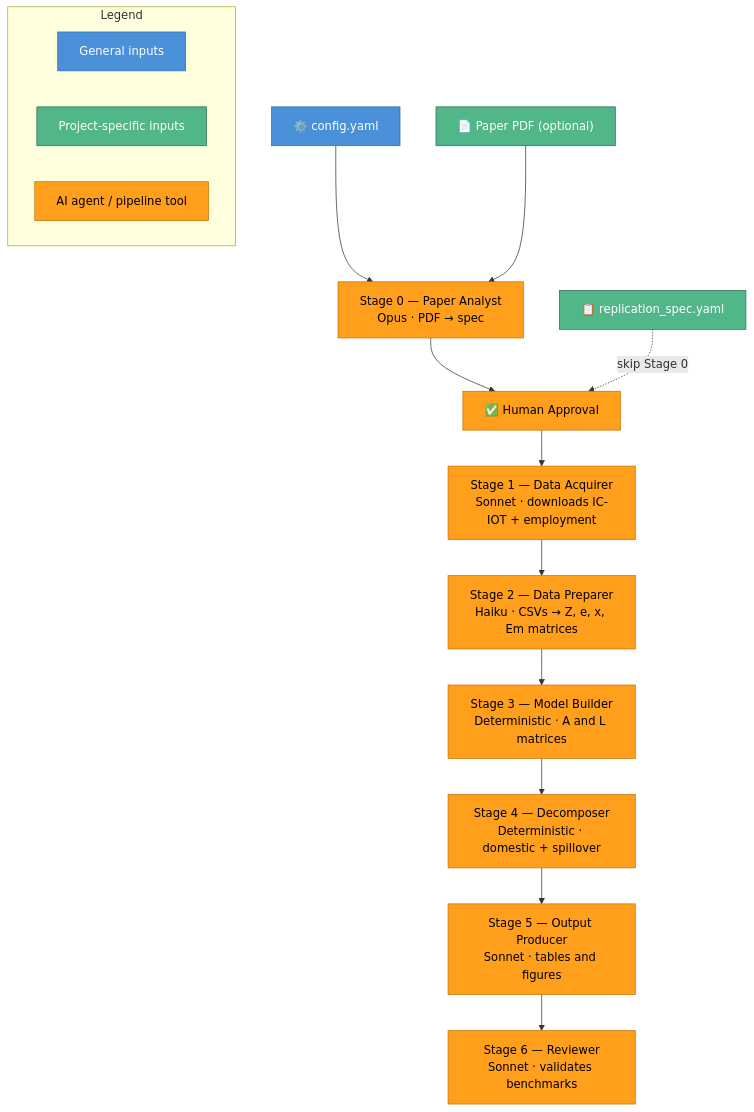
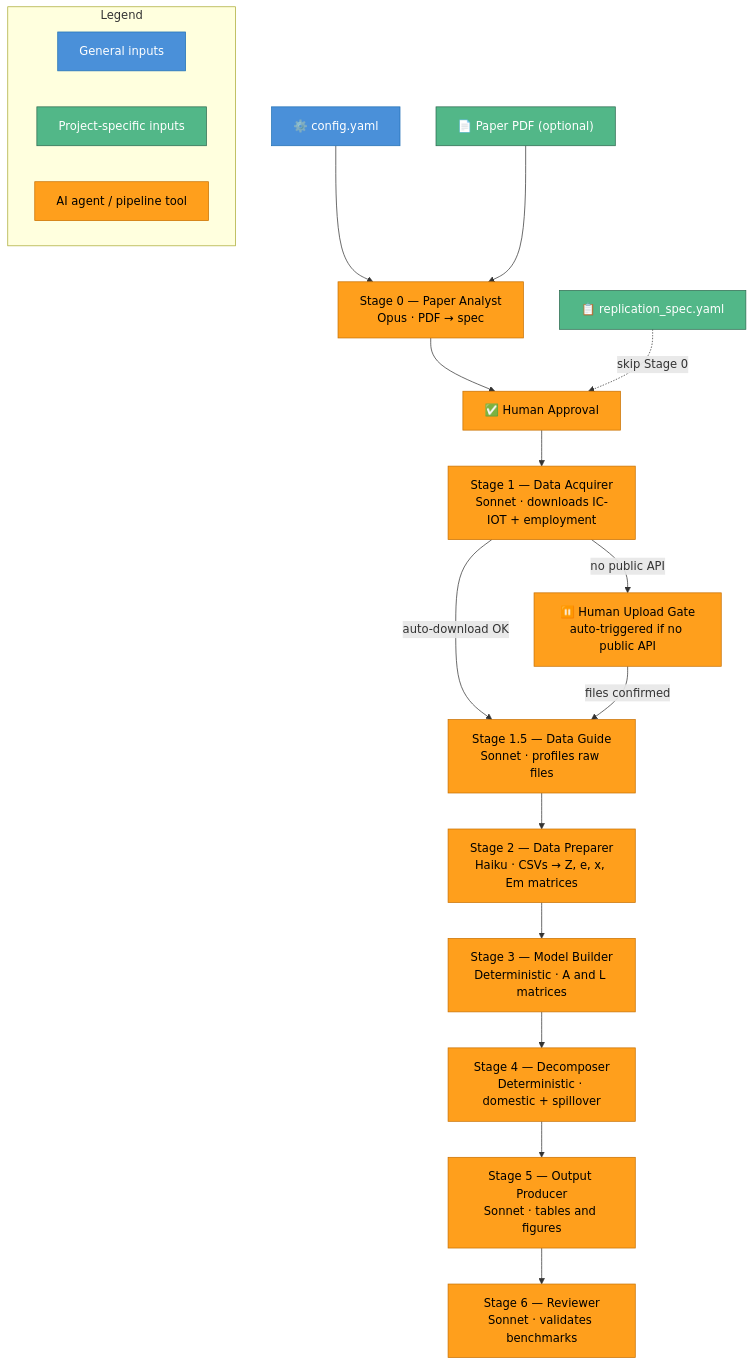
Before and after one commit to ilan5410/io-replicate: the diagram in README.md, drawn with Mermaid. The commit also changed other lines of this file and 9 other files, not shown here.

First line of the commit message:
Add human upload gate for datasets with no public API

````diff
--- a/README.md
+++ b/README.md
@@ -9,41 +9,46 @@
 ```mermaid
 flowchart TD
     CONFIG["⚙️ config.yaml"]
     PDF["📄 Paper PDF (optional)"]
     SPEC["📋 replication_spec.yaml"]
 
     PA["Stage 0 — Paper Analyst\nOpus · PDF → spec"]
     APP["✅ Human Approval"]
     DA["Stage 1 — Data Acquirer\nSonnet · downloads IC-IOT + employment"]
+    GATE["⏸️ Human Upload Gate\nauto-triggered if no public API"]
+    DG["Stage 1.5 — Data Guide\nSonnet · profiles raw files"]
     DP["Stage 2 — Data Preparer\nHaiku · CSVs → Z, e, x, Em matrices"]
     MB["Stage 3 — Model Builder\nDeterministic · A and L matrices"]
     DC["Stage 4 — Decomposer\nDeterministic · domestic + spillover"]
     OP["Stage 5 — Output Producer\nSonnet · tables and figures"]
     RV["Stage 6 — Reviewer\nSonnet · validates benchmarks"]
 
     CONFIG --> PA
     PDF --> PA
     PA --> APP
     SPEC -.->|skip Stage 0| APP
     APP --> DA
-    DA --> DP
+    DA -->|"auto-download OK"| DG
+    DA -->|"no public API"| GATE
+    GATE -->|"files confirmed"| DG
+    DG --> DP
     DP --> MB
     MB --> DC
     DC --> OP
     OP --> RV
 
     subgraph KEY ["Legend"]
         direction LR
         K1["General inputs"]
         K2["Project-specific inputs"]
         K3["AI agent / pipeline tool"]
     end
 
     classDef generalInput fill:#4A90D9,stroke:#2171B5,color:#fff
     classDef projectInput fill:#52B788,stroke:#2D6A4F,color:#fff
     classDef agentTool fill:#FF9F1C,stroke:#C87000,color:#000
 
     class CONFIG,K1 generalInput
     class PDF,SPEC,K2 projectInput
-    class PA,APP,DA,DP,MB,DC,OP,RV,K3 agentTool
+    class PA,APP,DA,GATE,DG,DP,MB,DC,OP,RV,K3 agentTool
 ```
````
